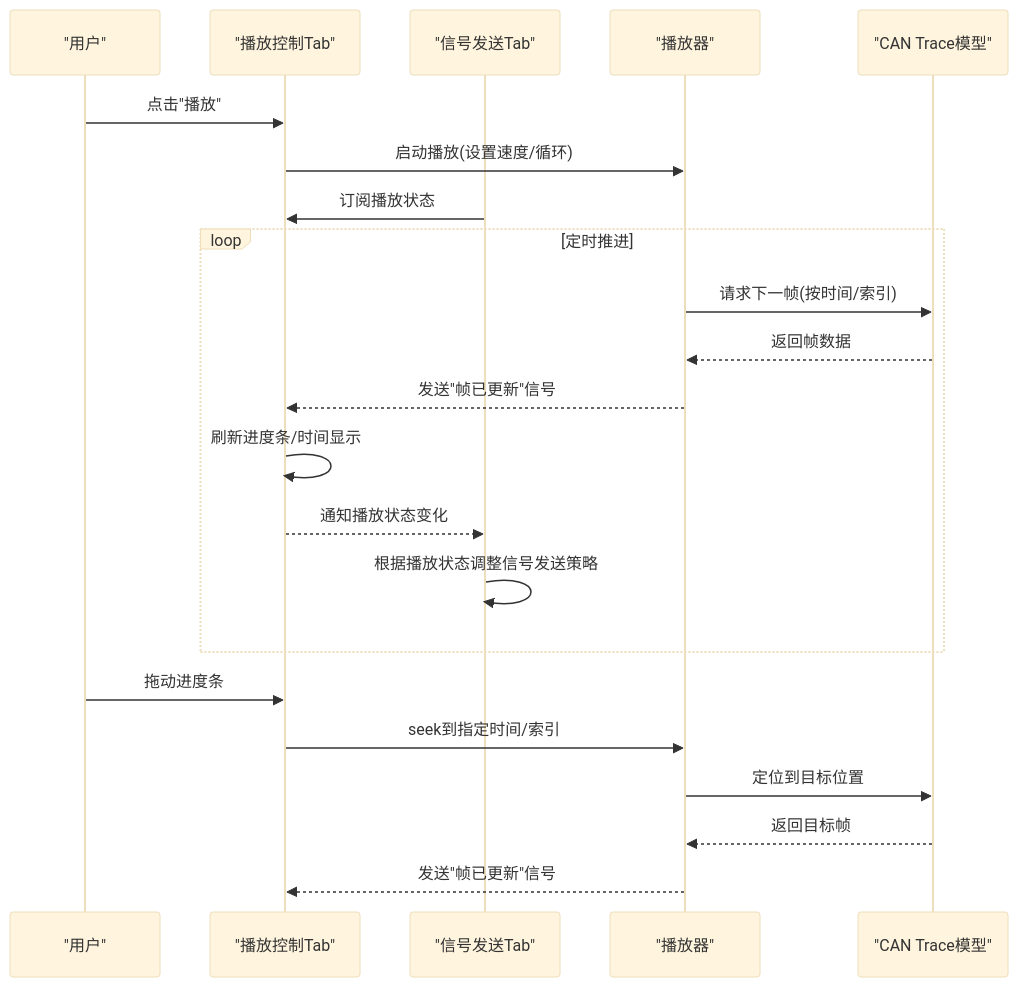
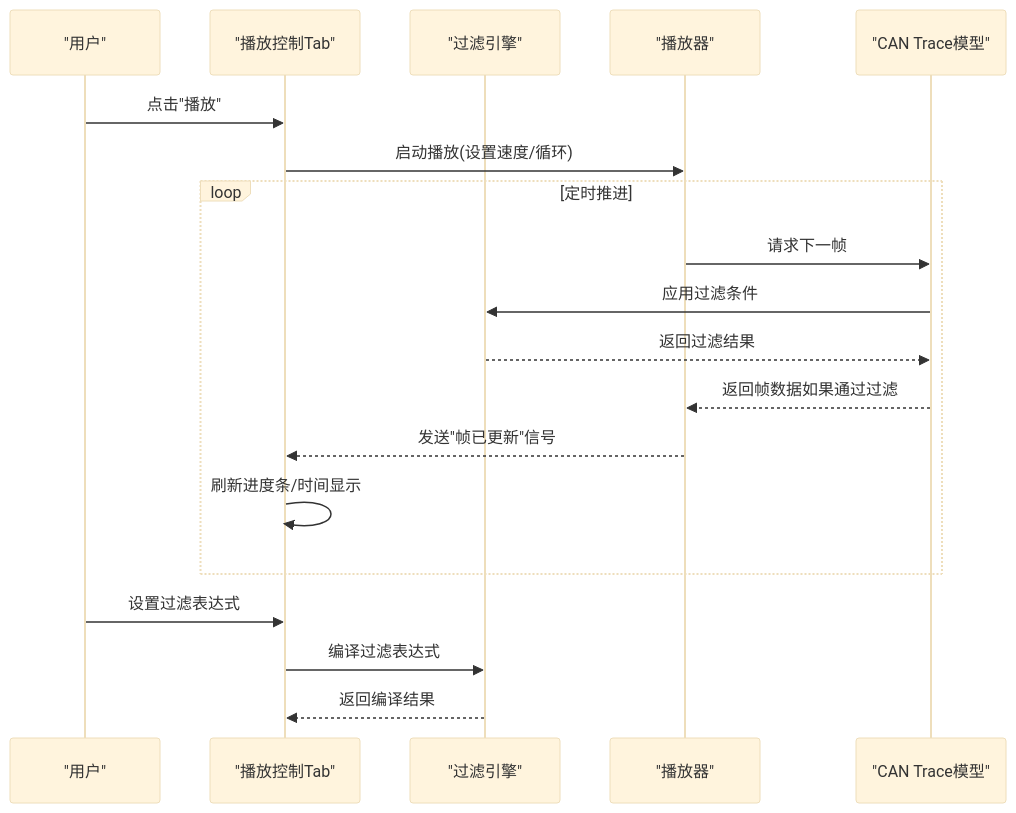
One commit to jakecai1225-design/OpenBus changed the second of 6 diagrams in .qoder/repowiki/zh/content/架构设计/UI系统设计/播放控制Tab组件.md. Above: the diagram before and after it, drawn with Mermaid (base theme). The commit also changed other lines of this file and 13 other files, not shown here.

````diff
--- a/.qoder/repowiki/zh/content/架构设计/UI系统设计/播放控制Tab组件.md
+++ b/.qoder/repowiki/zh/content/架构设计/UI系统设计/播放控制Tab组件.md
@@ -119,24 +119,21 @@
 ```mermaid
 sequenceDiagram
 participant User as "用户"
 participant Tab as "播放控制Tab"
-participant SignalTab as "信号发送Tab"
+participant Filter as "过滤引擎"
 participant Player as "播放器"
 participant Model as "CAN Trace模型"
 User->>Tab : 点击"播放"
 Tab->>Player : 启动播放(设置速度/循环)
-SignalTab->>Tab : 订阅播放状态
 loop 定时推进
-Player->>Model : 请求下一帧(按时间/索引)
-Model-->>Player : 返回帧数据
+Player->>Model : 请求下一帧
+Model->>Filter : 应用过滤条件
+Filter-->>Model : 返回过滤结果
+Model-->>Player : 返回帧数据如果通过过滤
 Player-->>Tab : 发送"帧已更新"信号
 Tab->>Tab : 刷新进度条/时间显示
-Tab-->>SignalTab : 通知播放状态变化
-SignalTab->>SignalTab : 根据播放状态调整信号发送策略
 end
-User->>Tab : 拖动进度条
-Tab->>Player : seek到指定时间/索引
-Player->>Model : 定位到目标位置
-Model-->>Player : 返回目标帧
-Player-->>Tab : 发送"帧已更新"信号
+User->>Tab : 设置过滤表达式
+Tab->>Filter : 编译过滤表达式
+Filter-->>Tab : 返回编译结果
 ```
````
